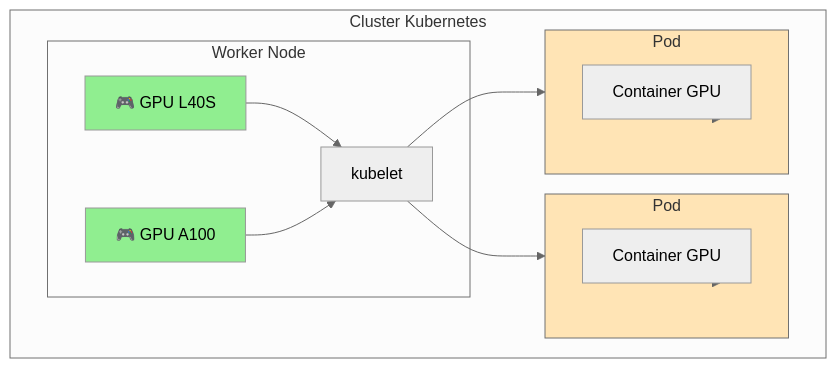
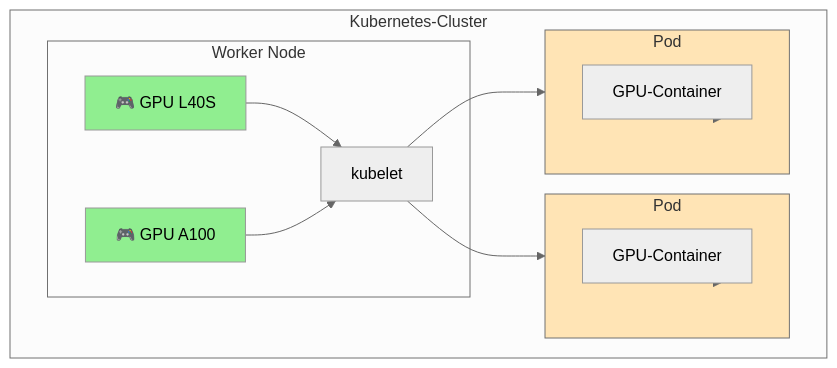
One commit to HidoraSwiss/hikube-public-doc changed the second of 2 diagrams in i18n/de/docusaurus-plugin-content-docs/current/services/gpu/overview.md. Above: the diagram before and after it, drawn with Mermaid (neutral theme). The commit also changed other lines of this file and 121 other files, not shown here.

````diff
--- a/i18n/de/docusaurus-plugin-content-docs/current/services/gpu/overview.md
+++ b/i18n/de/docusaurus-plugin-content-docs/current/services/gpu/overview.md
@@ -93,30 +93,30 @@
 ```mermaid
 flowchart TD
-    subgraph CLUSTER["Cluster Kubernetes"]
+    subgraph CLUSTER["Kubernetes-Cluster"]
         subgraph WORKER["Worker Node"]
             GPU1["🎮 GPU L40S"]
             GPU2["🎮 GPU A100"]
             KUBELET["kubelet"]
         end
-        
+
         subgraph POD1["Pod"]
-            CONTAINER1["Container GPU"]
+            CONTAINER1["GPU-Container"]
         end
-        
+
         subgraph POD2["Pod"]
-            CONTAINER2["Container GPU"]
+            CONTAINER2["GPU-Container"]
         end
     end
-    
+
     GPU1 --> KUBELET
     GPU2 --> KUBELET
     KUBELET --> POD1
     KUBELET --> POD2
     POD1 --> CONTAINER1
     POD2 --> CONTAINER2
-    
+
     style GPU1 fill:#90EE90
     style GPU2 fill:#90EE90
     style POD1 fill:#FFE4B5
     style POD2 fill:#FFE4B5
 ```
````
